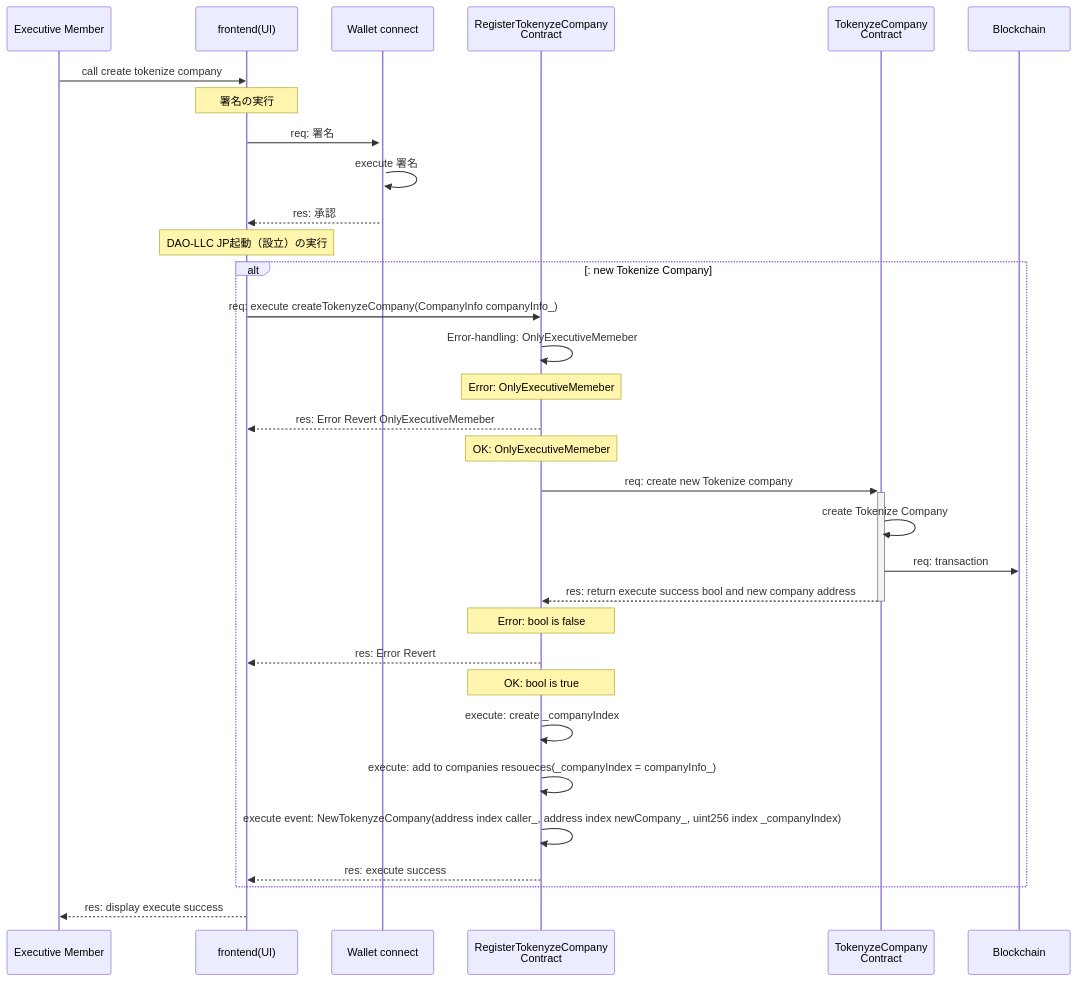
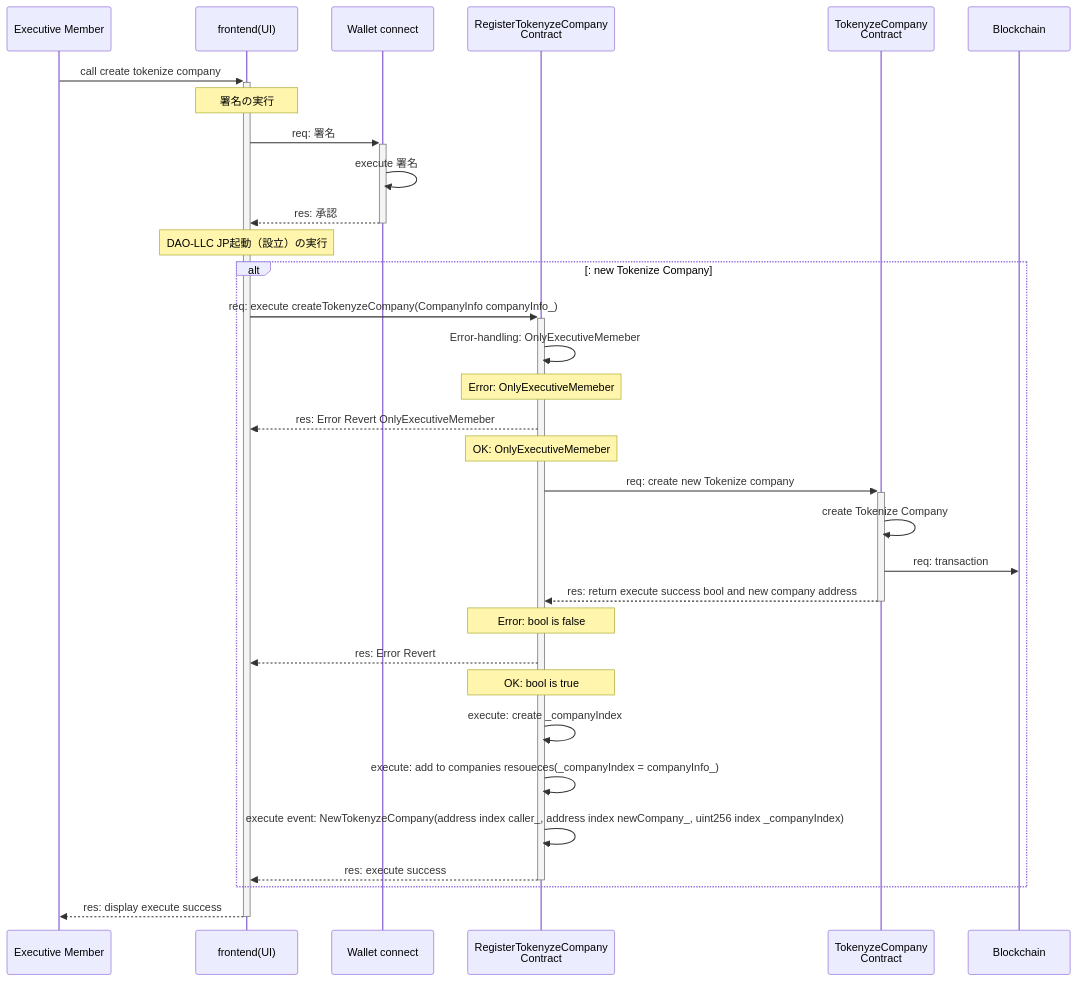
One commit to Borderless-company/Borderless-Contract changed the third of 3 diagrams in docs/contracts/1.RegisterTokenyzeCompany/1.RegisterTokenyzeCompany.index.md. Above: the diagram before and after it, drawn with Mermaid. The commit also changed other lines of this file and 4 other files, not shown here.

Commit message:
update initial documents sequence diagram

````diff
--- a/docs/contracts/1.RegisterTokenyzeCompany/1.RegisterTokenyzeCompany.index.md
+++ b/docs/contracts/1.RegisterTokenyzeCompany/1.RegisterTokenyzeCompany.index.md
@@ -112,35 +112,35 @@
     ```mermaid
         sequenceDiagram
             participant EM as Executive Member
             participant UI as frontend(UI)
             participant WC as Wallet connect
             participant RTC as RegisterTokenyzeCompany<br/>Contract
             participant TC as TokenyzeCompany<br/>Contract
             participant BC as Blockchain
 
-            EM ->> UI: call create tokenize company
+            EM ->>+ UI: call create tokenize company
             Note over UI: 署名の実行
             UI ->>+ WC: req: 署名
             WC ->> WC: execute 署名
-            WC -->> UI: res: 承認
+            WC -->>- UI: res: 承認
             Note over UI: DAO-LLC JP起動（設立）の実行
             alt: new Tokenize Company
-            UI ->> RTC: req: execute createTokenyzeCompany(CompanyInfo companyInfo_)
+            UI ->>+ RTC: req: execute createTokenyzeCompany(CompanyInfo companyInfo_)
             RTC ->> RTC: Error-handling: OnlyExecutiveMemeber
             Note over RTC: Error: OnlyExecutiveMemeber
             RTC -->> UI: res: Error Revert OnlyExecutiveMemeber
             Note over RTC: OK: OnlyExecutiveMemeber
             RTC ->>+ TC: req: create new Tokenize company
             TC ->> TC: create Tokenize Company
             TC ->> BC: req: transaction
             TC -->>- RTC: res: return execute success bool and new company address
             Note over RTC: Error: bool is false
             RTC -->> UI: res: Error Revert
             Note over RTC: OK: bool is true
             RTC ->> RTC: execute: create _companyIndex
             RTC ->> RTC: execute: add to companies resoueces(_companyIndex = companyInfo_)
             RTC ->> RTC: execute event: NewTokenyzeCompany(address index caller_, address index newCompany_, uint256 index _companyIndex)
-            RTC -->> UI: res: execute success
+            RTC -->>- UI: res: execute success
             end
-            UI -->> EM: res: display execute success
+            UI -->>- EM: res: display execute success
     ```
````
